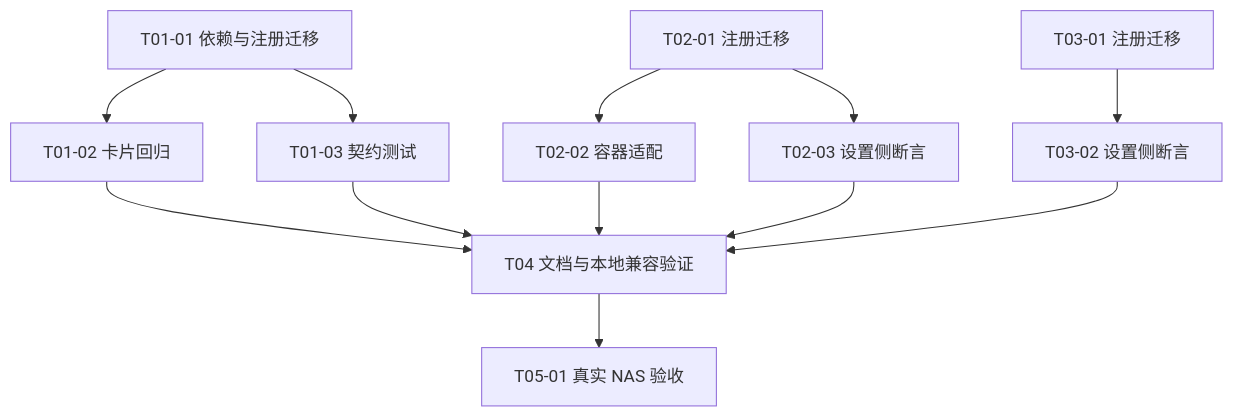
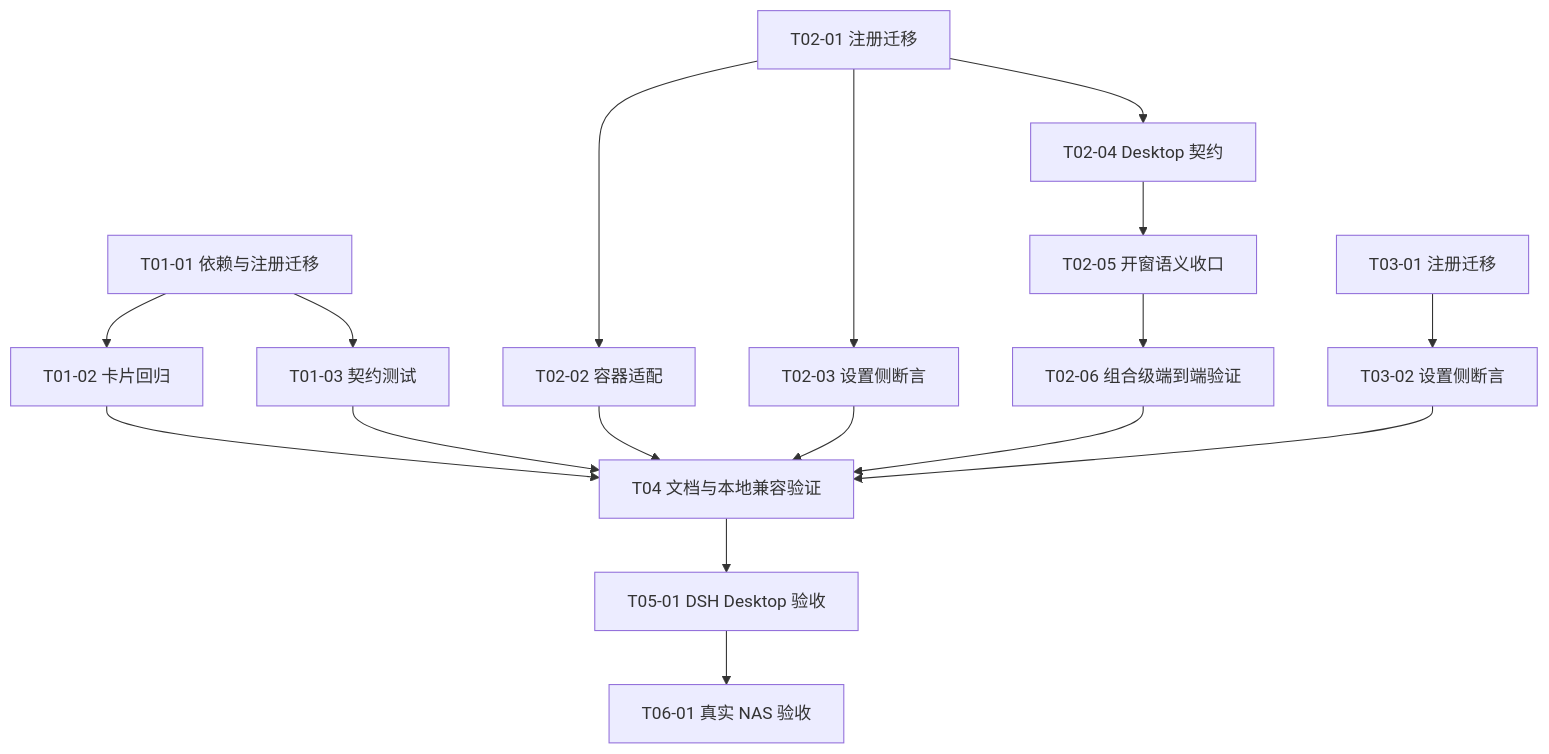
One commit to FNOSP/fnos-dsh changed the third of 3 diagrams in docs/plans/PLAN-FNOS-008-plugin-config-in-plugin-manager.md. Above: the diagram before and after it, drawn with Mermaid. The commit also changed other lines of this file and 9 other files, not shown here.

First line of the commit message:
feat(fnos-008): adapt CodeBuddy OAuth window for DSH Desktop

````diff
--- a/docs/plans/PLAN-FNOS-008-plugin-config-in-plugin-manager.md
+++ b/docs/plans/PLAN-FNOS-008-plugin-config-in-plugin-manager.md
@@ -179,14 +206,19 @@
 ```mermaid
 flowchart TD
     T01a[T01-01 依赖与注册迁移] --> T01b[T01-02 卡片回归]
     T01a --> T01c[T01-03 契约测试]
     T02a[T02-01 注册迁移] --> T02b[T02-02 容器适配]
     T02a --> T02c[T02-03 设置侧断言]
+    T02a --> T02d[T02-04 Desktop 契约]
+    T02d --> T02e[T02-05 开窗语义收口]
+    T02e --> T02f[T02-06 组合级端到端验证]
     T03a[T03-01 注册迁移] --> T03b[T03-02 设置侧断言]
     T01b --> T04[T04 文档与本地兼容验证]
     T01c --> T04
     T02b --> T04
     T02c --> T04
+    T02f --> T04
     T03b --> T04
-    T04 --> T05[T05-01 真实 NAS 验收]
+    T04 --> T05[T05-01 DSH Desktop 验收]
+    T05 --> T06[T06-01 真实 NAS 验收]
 ```
````
